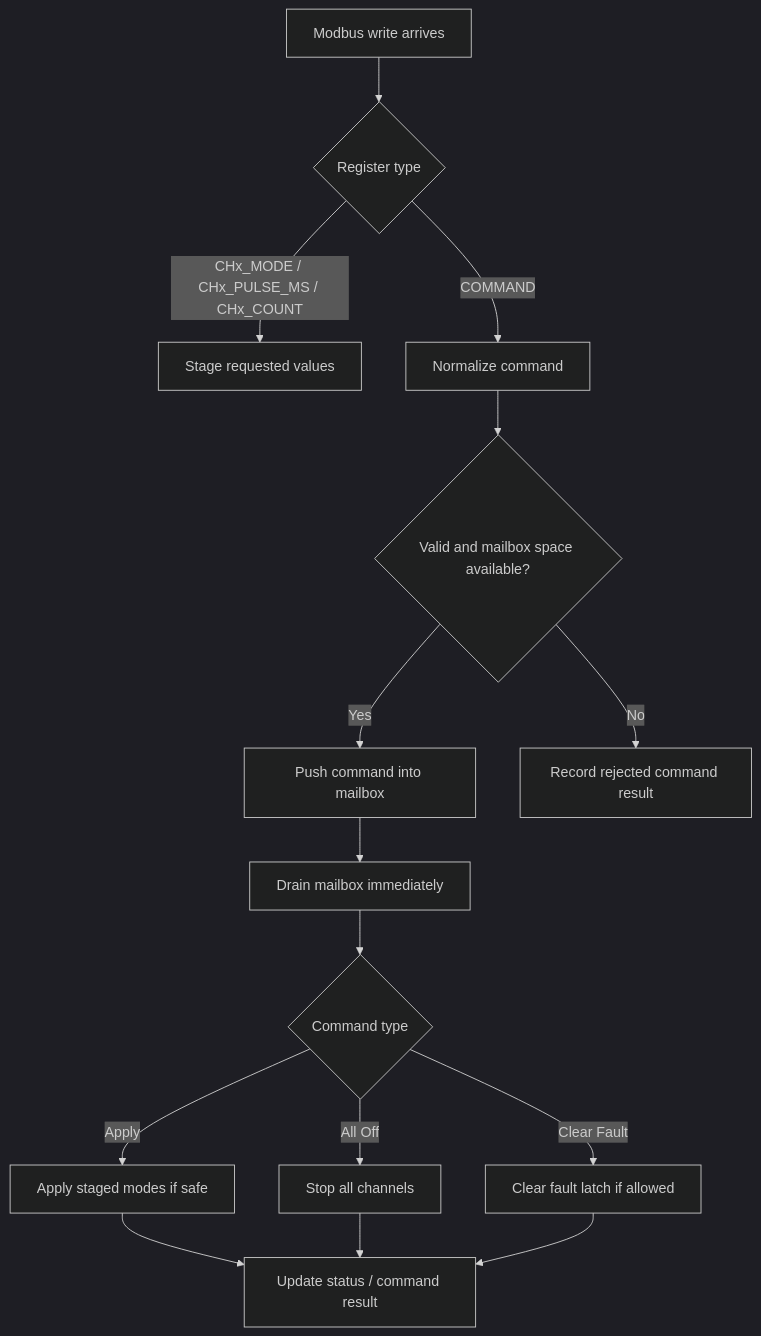
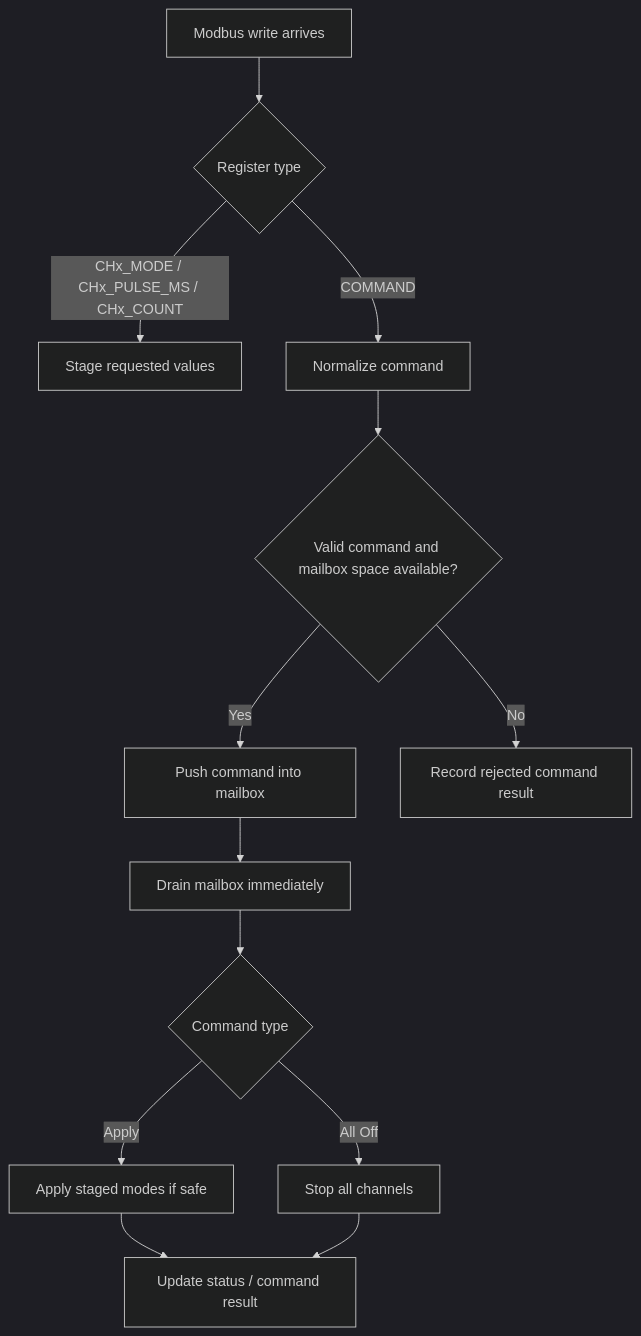
One commit to uw-loci/beam-controller changed the second of 4 diagrams in README.md. Above: the diagram before and after it, drawn with Mermaid (dark theme). The commit also changed other lines of this file, not shown here.

````diff
--- a/README.md
+++ b/README.md
@@ -90,17 +89,15 @@
 ```mermaid
 flowchart TD
     A[Modbus write arrives] --> B{Register type}
     B -->|CHx_MODE / CHx_PULSE_MS / CHx_COUNT| C[Stage requested values]
     B -->|COMMAND| D[Normalize command]
-    D --> E{Valid and mailbox space available?}
+    D --> E{Valid command and mailbox space available?}
     E -->|Yes| F[Push command into mailbox]
     E -->|No| G[Record rejected command result]
     F --> H[Drain mailbox immediately]
     H --> I{Command type}
     I -->|Apply| J[Apply staged modes if safe]
     I -->|All Off| K[Stop all channels]
-    I -->|Clear Fault| L[Clear fault latch if allowed]
     J --> M[Update status / command result]
     K --> M
-    L --> M
 ```
````
